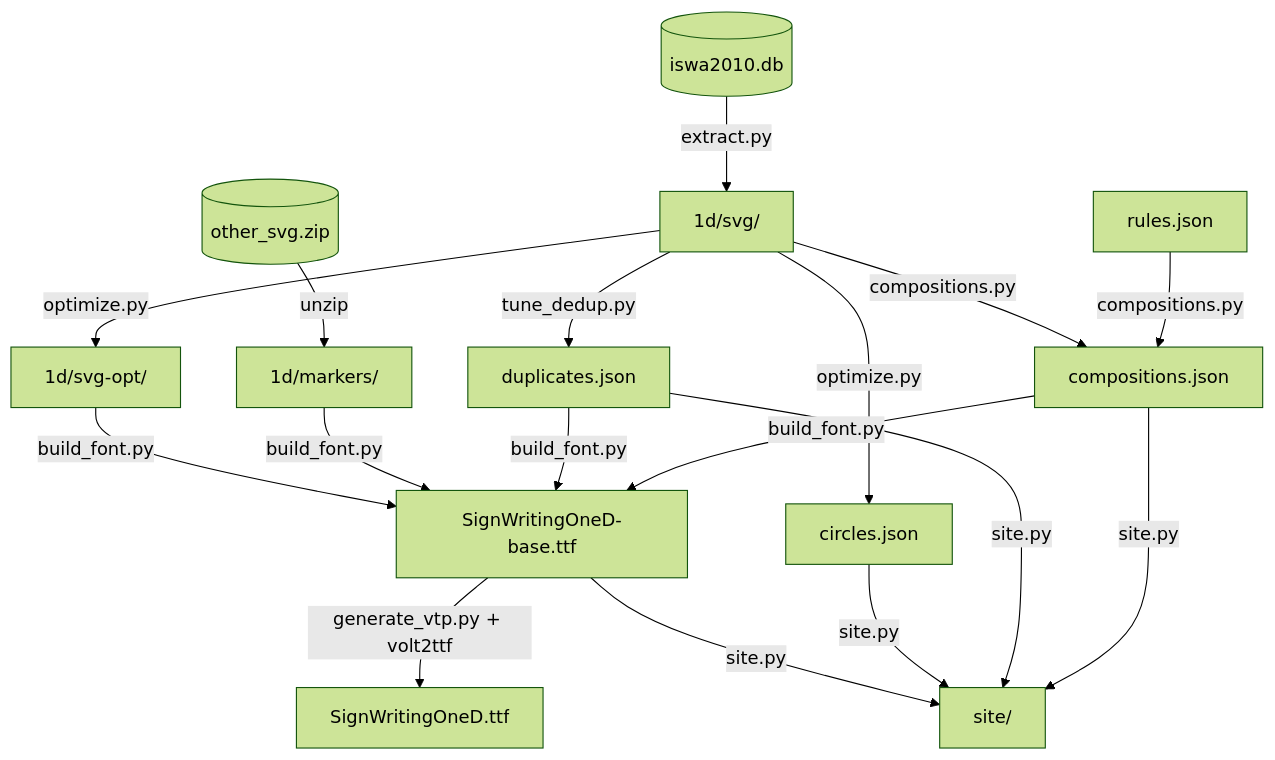
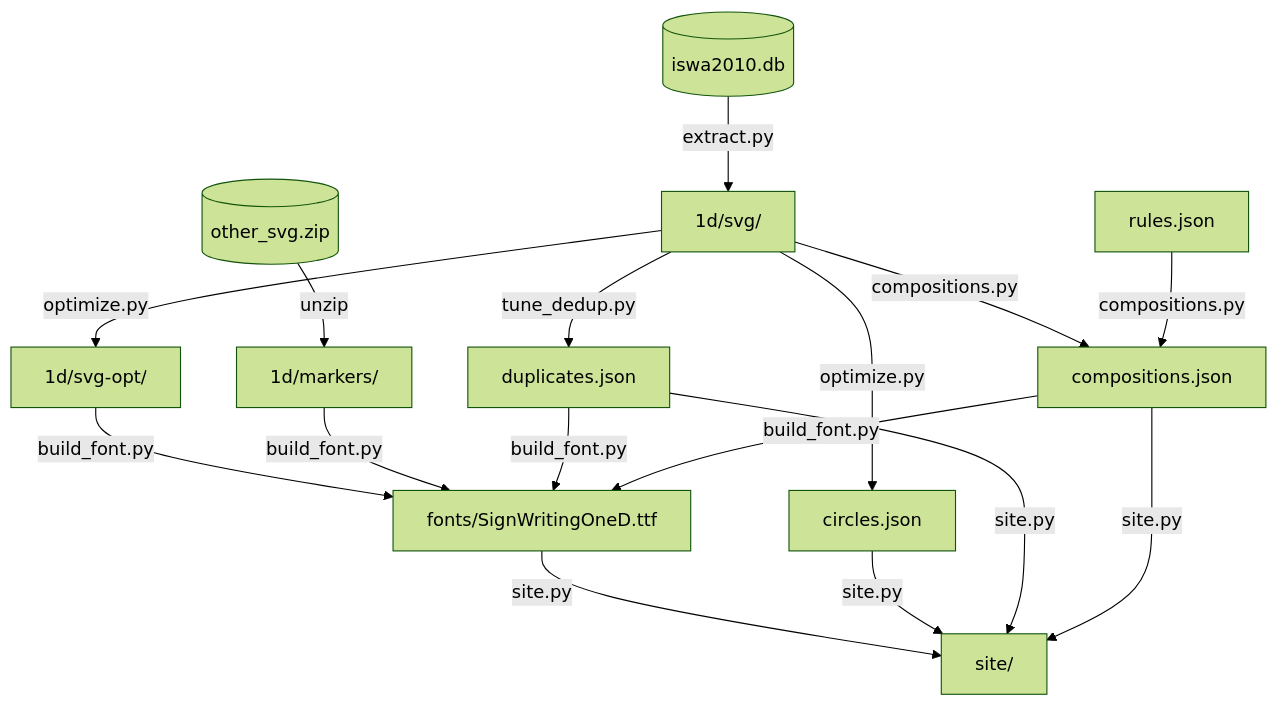
Before and after one commit to sign-language-processing/signwriting-fonts: the diagram in signwriting_fonts/font_1d/README.md, drawn with Mermaid (forest theme). The commit also changed other lines of this file and 14 other files, not shown here.

First line of the commit message:
feat(2d): drop volt2ttf, build GPOS in pure Python via fontTools (#5)

````diff
--- a/signwriting_fonts/font_1d/README.md
+++ b/signwriting_fonts/font_1d/README.md
@@ -13,23 +13,21 @@
 ```mermaid
 flowchart TD
     DB[(iswa2010.db)] -->|extract.py| SVG[1d/svg/]
     ZIP[(other_svg.zip)] -->|unzip| MARK[1d/markers/]
 
     SVG -->|optimize.py| OPT[1d/svg-opt/]
     SVG -->|optimize.py| CIRC[circles.json]
     SVG -->|tune_dedup.py| DUP[duplicates.json]
     SVG -->|compositions.py| COMP[compositions.json]
     RULES[rules.json] -->|compositions.py| COMP
 
-    OPT  -->|build_font.py| BASE[SignWritingOneD-base.ttf]
-    MARK -->|build_font.py| BASE
-    DUP  -->|build_font.py| BASE
-    COMP -->|build_font.py| BASE
+    OPT  -->|build_font.py| FINAL[fonts/SignWritingOneD.ttf]
+    MARK -->|build_font.py| FINAL
+    DUP  -->|build_font.py| FINAL
+    COMP -->|build_font.py| FINAL
 
-    BASE -->|generate_vtp.py + volt2ttf| FINAL[SignWritingOneD.ttf]
-
-    BASE -->|site.py| SITE[site/]
+    FINAL -->|site.py| SITE[site/]
     CIRC -->|site.py| SITE
     DUP  -->|site.py| SITE
     COMP -->|site.py| SITE
 ```
````
